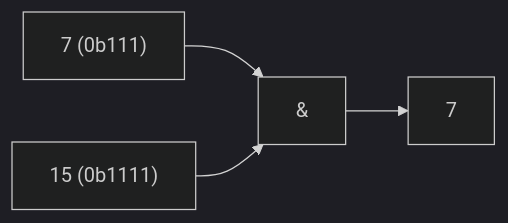
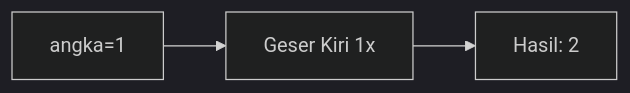
One commit to amnahwaida/OSNK_INF_PREP changed diagram 15 of 25 in part-c-pemahaman-cpp/06-bitwise/latihan/set-10.md. Above: the diagram before and after it, drawn with Mermaid (dark theme). The commit also changed other lines of this file and 71 other files, not shown here.

````diff
--- a/part-c-pemahaman-cpp/06-bitwise/latihan/set-10.md
+++ b/part-c-pemahaman-cpp/06-bitwise/latihan/set-10.md
@@ -391,6 +403,5 @@
 ```mermaid
 graph LR
-A["7 (0b111)"] --> C["&"]
-B["15 (0b1111)"] --> C
-C --> D["7"]
+A["angka=1"] --> B["Geser Kiri 1x"]
+B --> C["Hasil: 2"]
 ```
````
